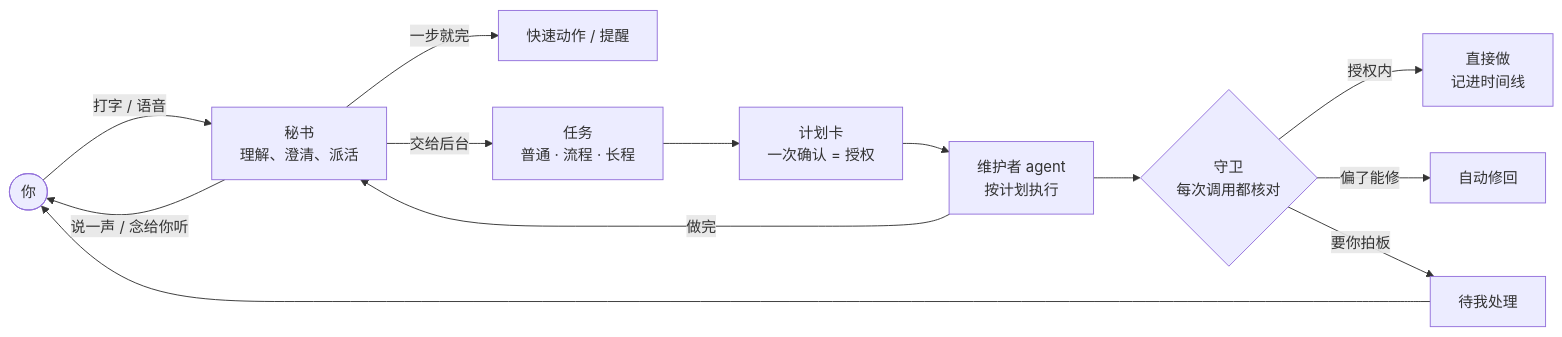
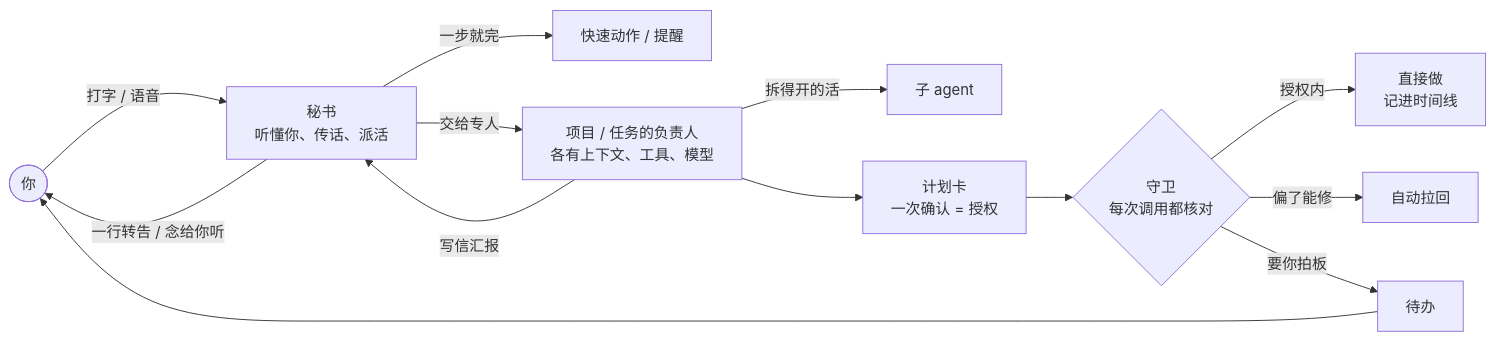
Before and after one commit to catmaniii/ergo: the first of 2 diagrams in README.md, drawn with Mermaid. The commit also changed other lines of this file and 2 other files, not shown here.

````diff
--- a/README.md
+++ b/README.md
@@ -31,15 +35,15 @@
 ```mermaid
 flowchart LR
-    U(["你"]) -->|"打字 / 语音"| SEC["秘书<br/>理解、澄清、派活"]
+    U(["你"]) -->|"打字 / 语音"| SEC["秘书<br/>听懂你、传话、派活"]
     SEC -->|"一步就完"| QA["快速动作 / 提醒"]
-    SEC -->|"交给后台"| T["任务<br/>普通 · 流程 · 长程"]
-    T --> PLAN["计划卡<br/>一次确认 = 授权"]
-    PLAN --> M["维护者 agent<br/>按计划执行"]
-    M --> G{"守卫<br/>每次调用都核对"}
+    SEC -->|"交给专人"| M["项目 / 任务的负责人<br/>各有上下文、工具、模型"]
+    M -->|"拆得开的活"| SUB["子 agent"]
+    M --> PLAN["计划卡<br/>一次确认 = 授权"]
+    PLAN --> G{"守卫<br/>每次调用都核对"}
     G -->|"授权内"| GO["直接做<br/>记进时间线"]
-    G -->|"偏了能修"| FIX["自动修回"]
-    G -->|"要你拍板"| INBOX["待我处理"]
+    G -->|"偏了能修"| FIX["自动拉回"]
+    G -->|"要你拍板"| INBOX["待办"]
     INBOX --> U
-    M -->|"做完"| SEC
-    SEC -->|"说一声 / 念给你听"| U
+    M -->|"写信汇报"| SEC
+    SEC -->|"一行转告 / 念给你听"| U
 ```
````
